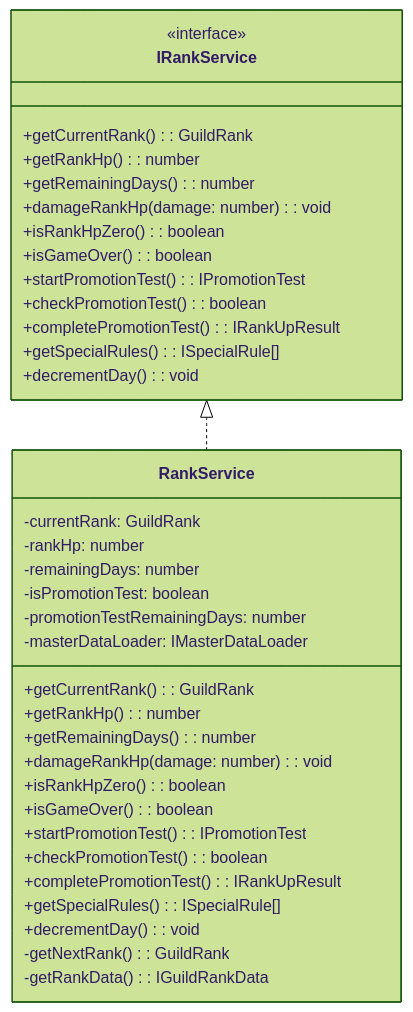
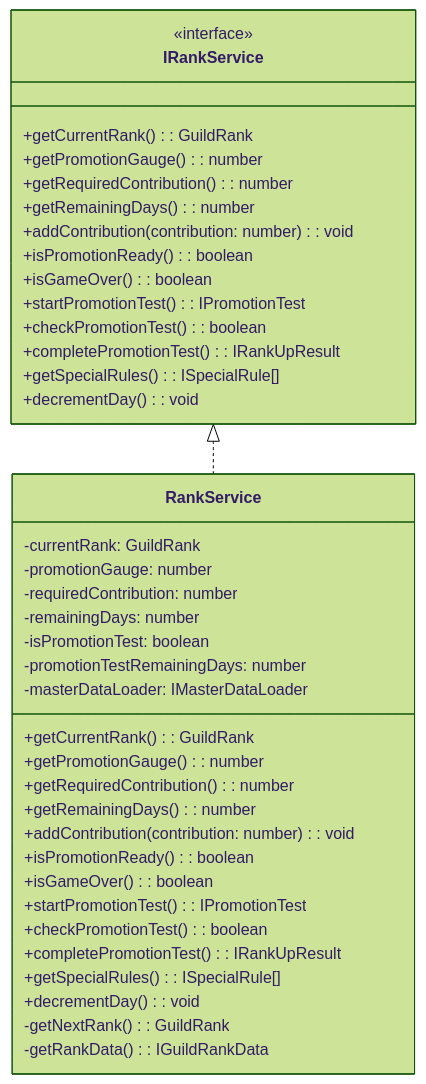
The eighth of 13 diagrams in docs/design/atelier-guild-rank/core-systems.md (yaguma/atelier), drawn with Mermaid (forest theme) before and after one commit. The commit also changed other lines of this file and 6 other files, not shown here.

````diff
--- a/docs/design/atelier-guild-rank/core-systems.md
+++ b/docs/design/atelier-guild-rank/core-systems.md
@@ -652,41 +653,44 @@
 ```mermaid
 classDiagram
     class IRankService {
         <<interface>>
         +getCurrentRank(): GuildRank
-        +getRankHp(): number
+        +getPromotionGauge(): number
+        +getRequiredContribution(): number
         +getRemainingDays(): number
-        +damageRankHp(damage: number): void
-        +isRankHpZero(): boolean
+        +addContribution(contribution: number): void
+        +isPromotionReady(): boolean
         +isGameOver(): boolean
         +startPromotionTest(): IPromotionTest
         +checkPromotionTest(): boolean
         +completePromotionTest(): IRankUpResult
         +getSpecialRules(): ISpecialRule[]
         +decrementDay(): void
     }
 
     class RankService {
         -currentRank: GuildRank
-        -rankHp: number
+        -promotionGauge: number
+        -requiredContribution: number
         -remainingDays: number
         -isPromotionTest: boolean
         -promotionTestRemainingDays: number
         -masterDataLoader: IMasterDataLoader
         +getCurrentRank(): GuildRank
-        +getRankHp(): number
+        +getPromotionGauge(): number
+        +getRequiredContribution(): number
         +getRemainingDays(): number
-        +damageRankHp(damage: number): void
-        +isRankHpZero(): boolean
+        +addContribution(contribution: number): void
+        +isPromotionReady(): boolean
         +isGameOver(): boolean
         +startPromotionTest(): IPromotionTest
         +checkPromotionTest(): boolean
         +completePromotionTest(): IRankUpResult
         +getSpecialRules(): ISpecialRule[]
         +decrementDay(): void
         -getNextRank(): GuildRank
         -getRankData(): IGuildRankData
     }
 
     IRankService <|.. RankService
 ```
````
